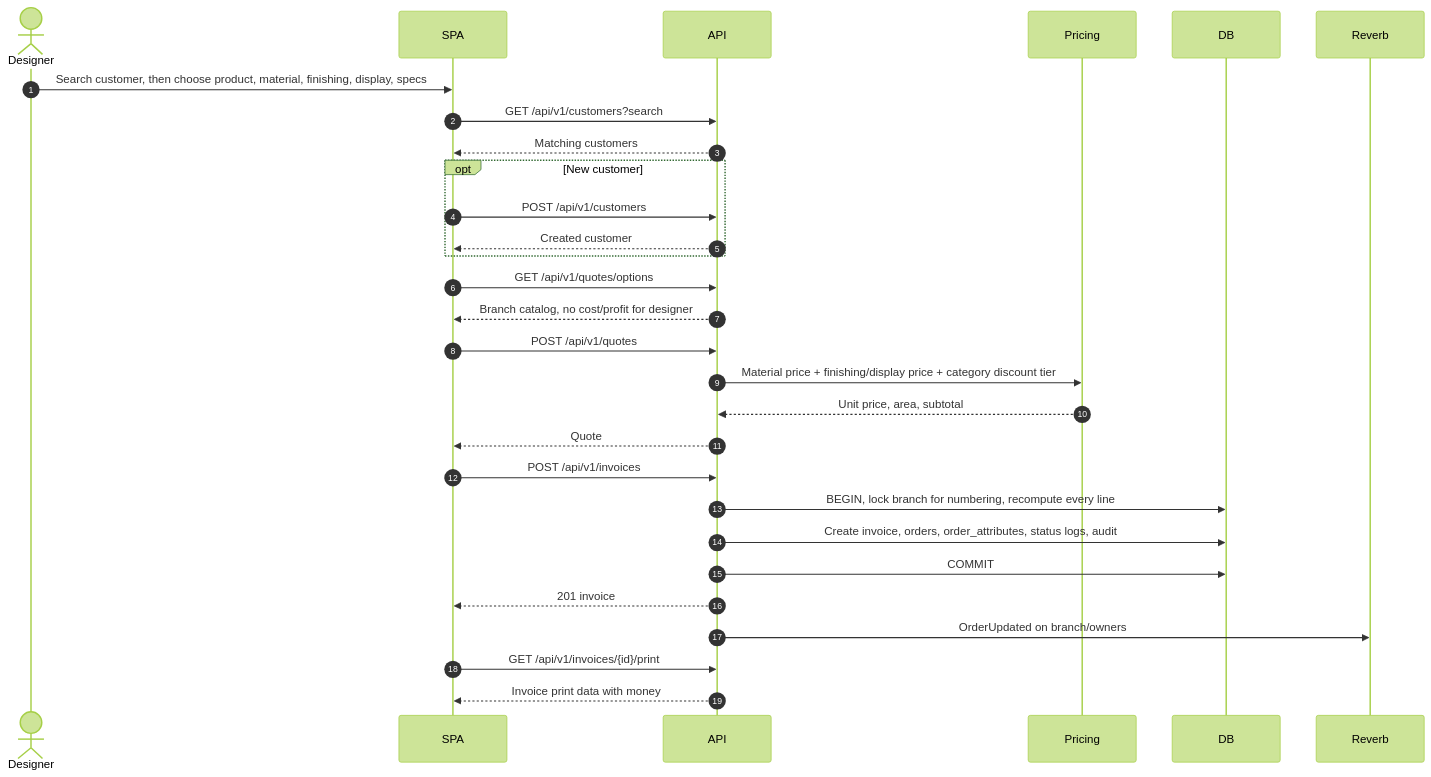
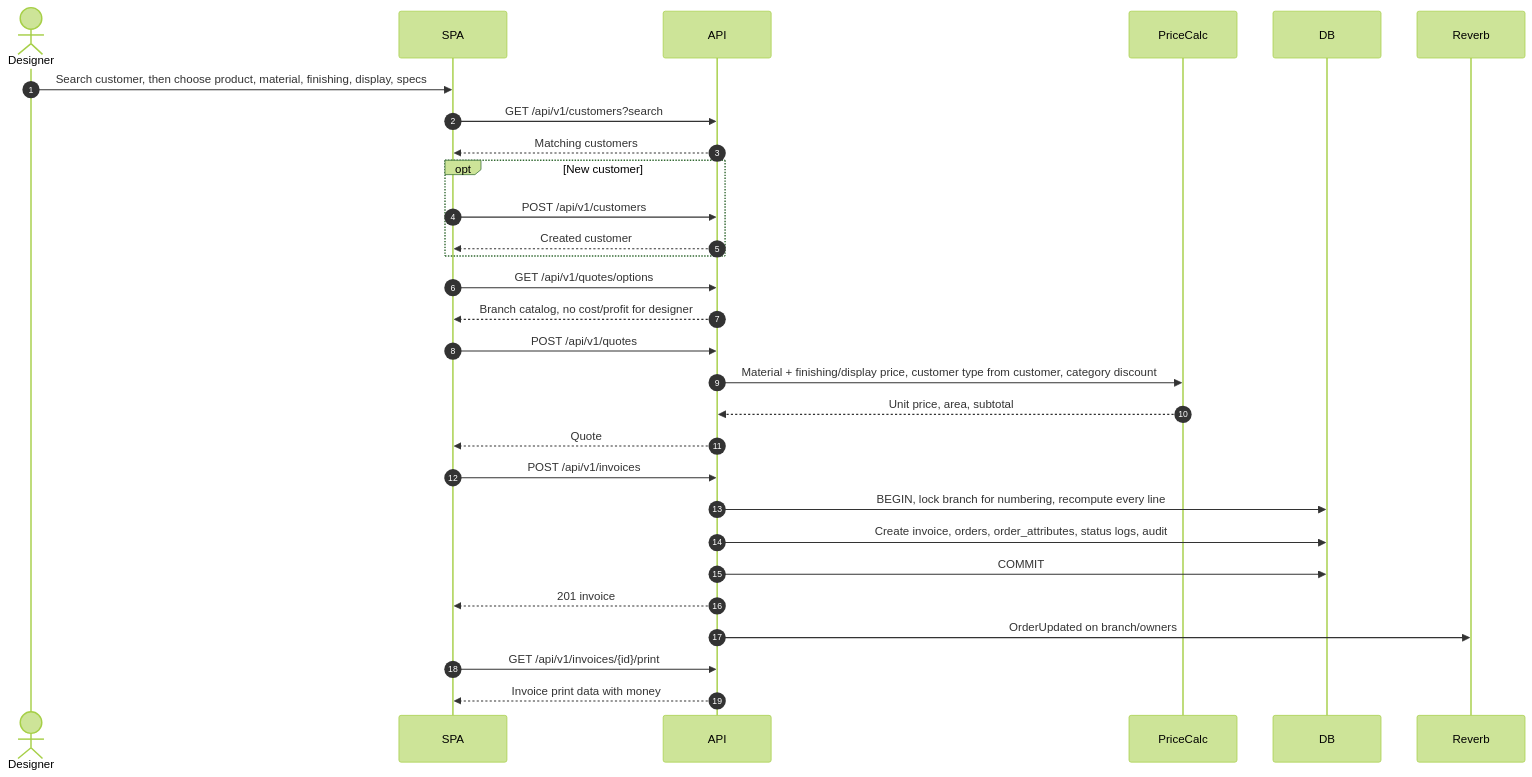
One commit to Arukast/pos_alja changed the fifth of 21 diagrams in docs/architecture/sequence-diagrams.md. Above: the diagram before and after it, drawn with Mermaid (forest theme). The commit also changed other lines of this file and 13 other files, not shown here.

````diff
--- a/docs/architecture/sequence-diagrams.md
+++ b/docs/architecture/sequence-diagrams.md
@@ -112,32 +112,32 @@
 ```mermaid
 sequenceDiagram
     autonumber
     actor D as Designer
     participant SPA
     participant API
-    participant Pricing
+    participant PriceCalc
     participant DB
     participant R as Reverb
 
     D->>SPA: Search customer, then choose product, material, finishing, display, specs
     SPA->>API: GET /api/v1/customers?search
     API-->>SPA: Matching customers
     opt New customer
         SPA->>API: POST /api/v1/customers
         API-->>SPA: Created customer
     end
     SPA->>API: GET /api/v1/quotes/options
     API-->>SPA: Branch catalog, no cost/profit for designer
     SPA->>API: POST /api/v1/quotes
-    API->>Pricing: Material price + finishing/display price + category discount tier
-    Pricing-->>API: Unit price, area, subtotal
+    API->>PriceCalc: Material + finishing/display price, customer type from customer, category discount
+    PriceCalc-->>API: Unit price, area, subtotal
     API-->>SPA: Quote
     SPA->>API: POST /api/v1/invoices
     API->>DB: BEGIN, lock branch for numbering, recompute every line
     API->>DB: Create invoice, orders, order_attributes, status logs, audit
     API->>DB: COMMIT
     API-->>SPA: 201 invoice
     API->>R: OrderUpdated on branch/owners
     SPA->>API: GET /api/v1/invoices/{id}/print
     API-->>SPA: Invoice print data with money
 ```
````
